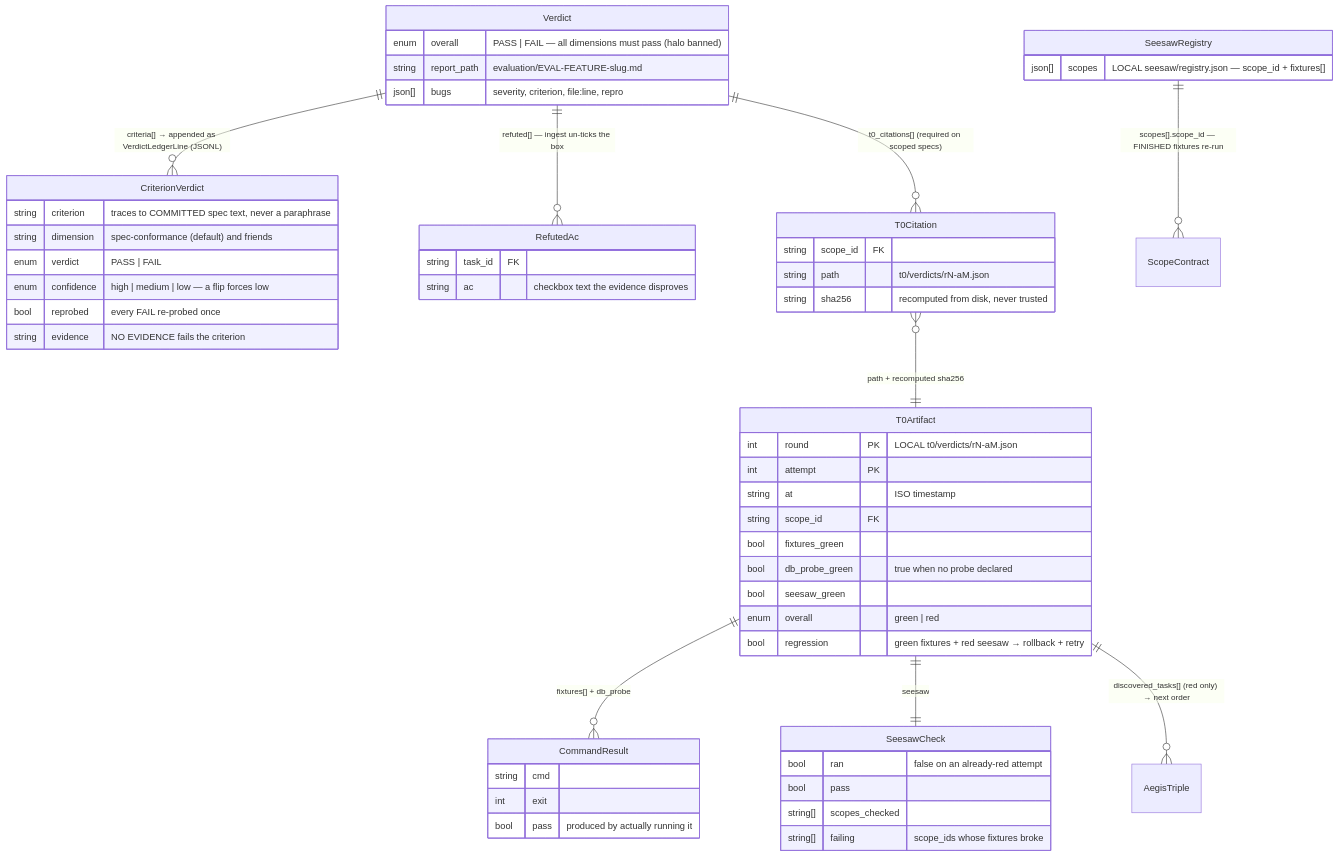
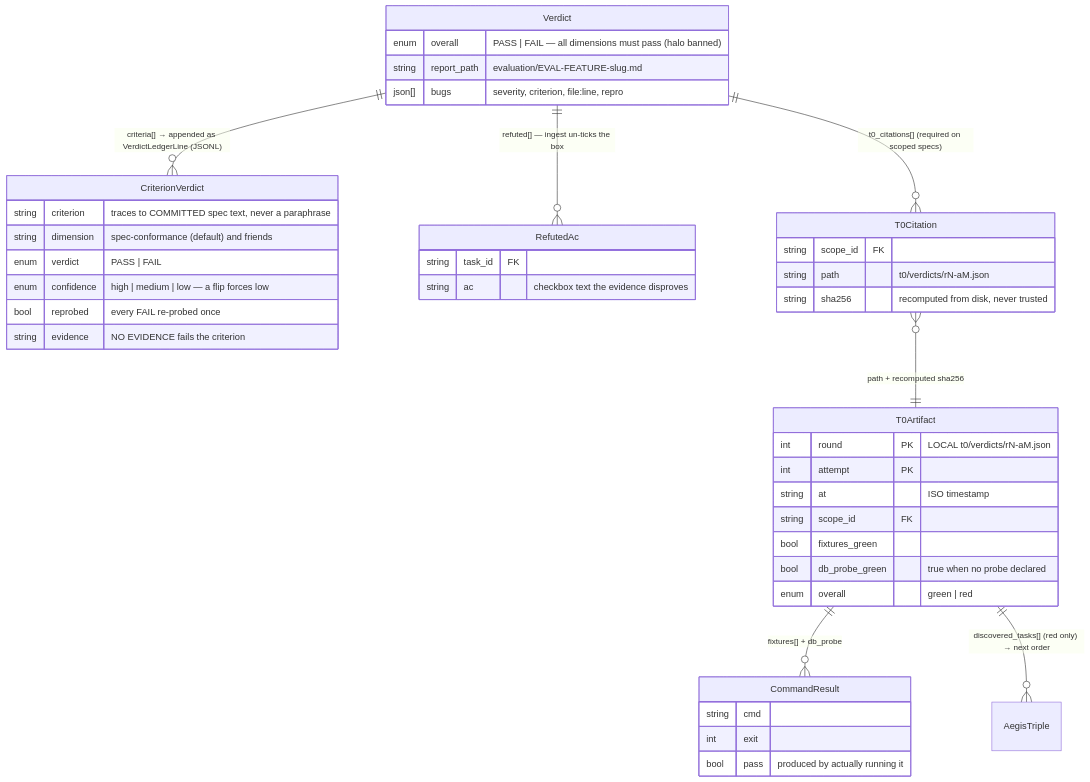
The second of 5 diagrams in docs/design/07-domain-erd.md (nguyenvanphituoc/shapeup-sdlc-plugin), drawn with Mermaid before and after one commit. The commit also changed other lines of this file and 41 other files, not shown here.

First line of the commit message:
feat(t0)!: remove the seesaw regression arm

````diff
--- a/docs/design/07-domain-erd.md
+++ b/docs/design/07-domain-erd.md
@@ -142,59 +142,46 @@
 ```mermaid
 erDiagram
     Verdict ||--o{ CriterionVerdict : "criteria[] → appended as VerdictLedgerLine (JSONL)"
     Verdict ||--o{ RefutedAc : "refuted[] — ingest un-ticks the box"
     Verdict ||--o{ T0Citation : "t0_citations[] (required on scoped specs)"
     T0Citation }o--|| T0Artifact : "path + recomputed sha256"
     T0Artifact ||--o{ CommandResult : "fixtures[] + db_probe"
-    T0Artifact ||--|| SeesawCheck : "seesaw"
     T0Artifact ||--o{ AegisTriple : "discovered_tasks[] (red only) → next order"
-    SeesawRegistry ||--o{ ScopeContract : "scopes[].scope_id — FINISHED fixtures re-run"
 
     Verdict {
         enum overall "PASS | FAIL — all dimensions must pass (halo banned)"
         string report_path "evaluation/EVAL-FEATURE-slug.md"
         json[] bugs "severity, criterion, file:line, repro"
     }
     CriterionVerdict {
         string criterion "traces to COMMITTED spec text, never a paraphrase"
         string dimension "spec-conformance (default) and friends"
         enum verdict "PASS | FAIL"
         enum confidence "high | medium | low — a flip forces low"
         bool reprobed "every FAIL re-probed once"
         string evidence "NO EVIDENCE fails the criterion"
     }
     RefutedAc {
         string task_id FK
         string ac "checkbox text the evidence disproves"
     }
     T0Citation {
         string scope_id FK
         string path "t0/verdicts/rN-aM.json"
         string sha256 "recomputed from disk, never trusted"
     }
     T0Artifact {
         int round PK "LOCAL t0/verdicts/rN-aM.json"
         int attempt PK
         string at "ISO timestamp"
         string scope_id FK
         bool fixtures_green
         bool db_probe_green "true when no probe declared"
-        bool seesaw_green
         enum overall "green | red"
-        bool regression "green fixtures + red seesaw → rollback + retry"
     }
     CommandResult {
         string cmd
         int exit
         bool pass "produced by actually running it"
     }
-    SeesawCheck {
-        bool ran "false on an already-red attempt"
-        bool pass
-        string[] scopes_checked
-        string[] failing "scope_ids whose fixtures broke"
-    }
-    SeesawRegistry {
-        json[] scopes "LOCAL seesaw/registry.json — scope_id + fixtures[]"
-    }
 ```
````
